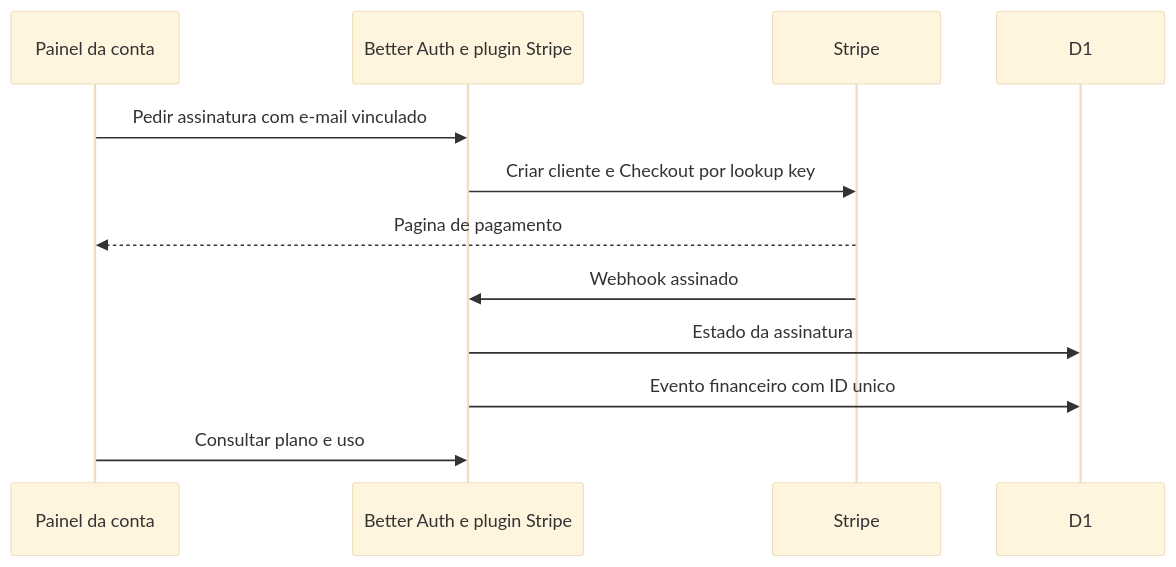
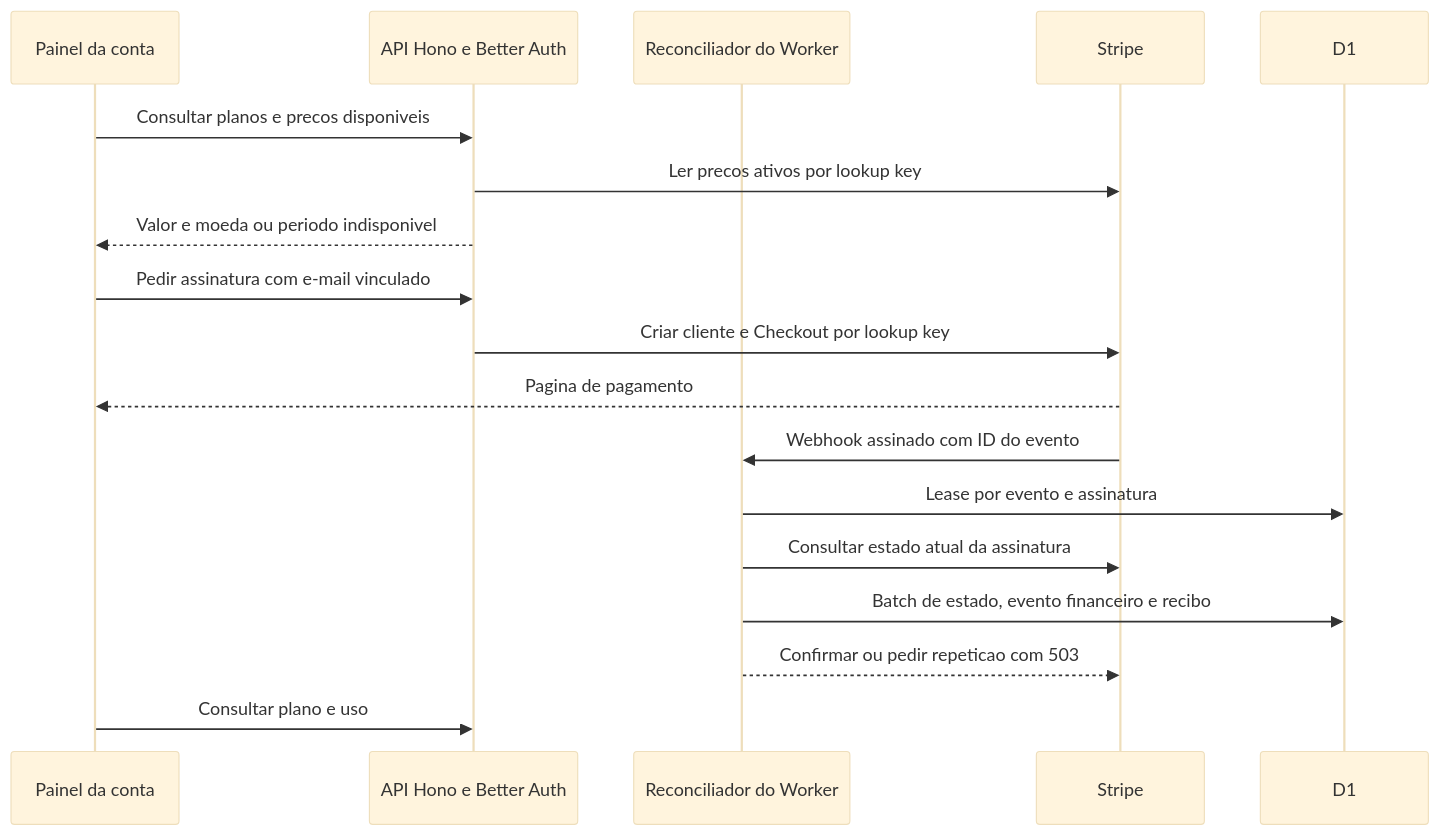
One commit to gabriellsalesx/blup changed the fifth of 7 diagrams in docs/arquitetura.md. Above: the diagram before and after it, drawn with Mermaid (base theme). The commit also changed other lines of this file and 21 other files, not shown here.

````diff
--- a/docs/arquitetura.md
+++ b/docs/arquitetura.md
@@ -156,14 +156,20 @@
 ```mermaid
 sequenceDiagram
   participant U as Painel da conta
-  participant A as Better Auth e plugin Stripe
+  participant A as API Hono e Better Auth
+  participant W as Reconciliador do Worker
   participant T as Stripe
   participant D as D1
+  U->>A: Consultar planos e precos disponiveis
+  A->>T: Ler precos ativos por lookup key
+  A-->>U: Valor e moeda ou periodo indisponivel
   U->>A: Pedir assinatura com e-mail vinculado
   A->>T: Criar cliente e Checkout por lookup key
   T-->>U: Pagina de pagamento
-  T->>A: Webhook assinado
-  A->>D: Estado da assinatura
-  A->>D: Evento financeiro com ID unico
+  T->>W: Webhook assinado com ID do evento
+  W->>D: Lease por evento e assinatura
+  W->>T: Consultar estado atual da assinatura
+  W->>D: Batch de estado, evento financeiro e recibo
+  W-->>T: Confirmar ou pedir repeticao com 503
   U->>A: Consultar plano e uso
 ```
````
